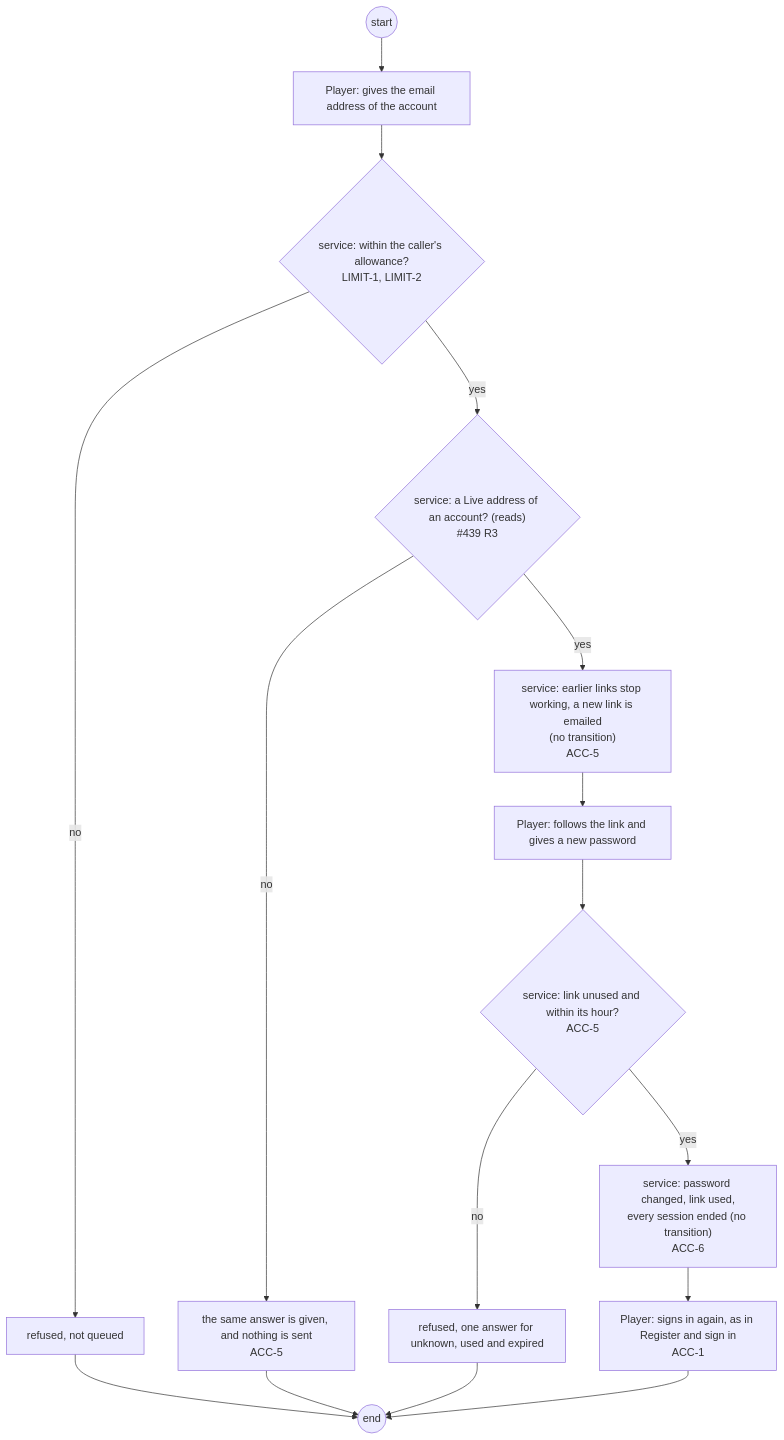
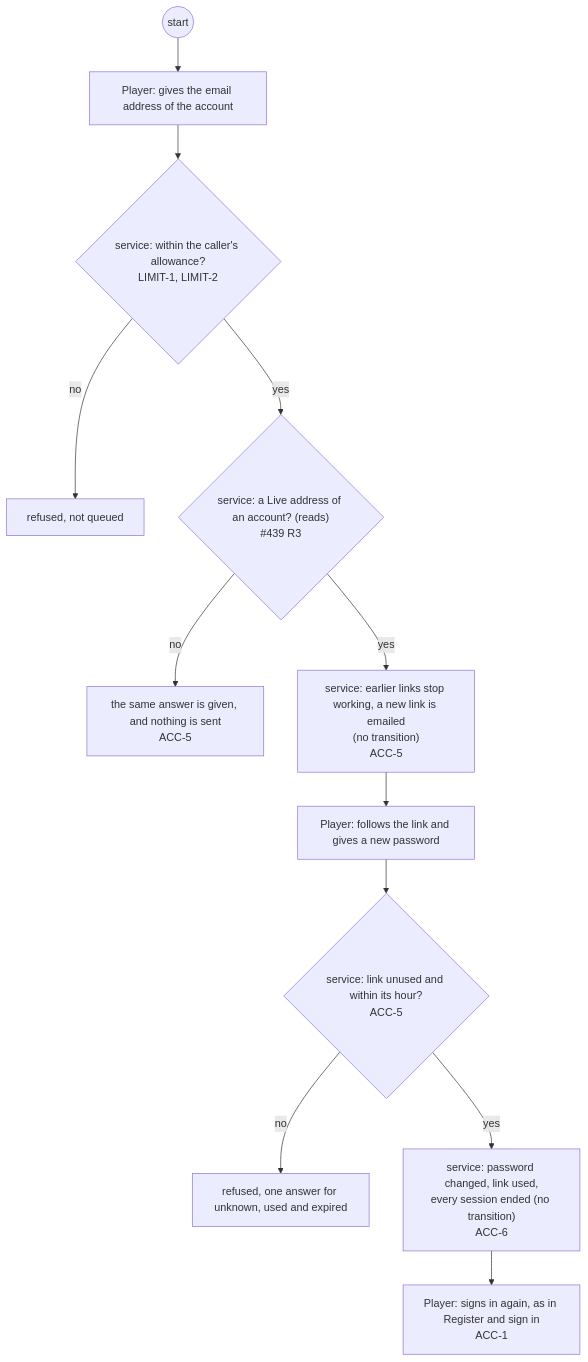
One commit to delphside/programme changed the sixth of 29 diagrams in docs/changes/workstreams/application-game-architecture/71-one-game-model/71-functional.md. Above: the diagram before and after it, drawn with Mermaid. The commit also changed other lines of this file, not shown here.

First line of the commit message:
app 0.9.2 api 2.16: 71: activity diagrams drop their explicit end nodes

````diff
--- a/docs/changes/workstreams/application-game-architecture/71-one-game-model/71-functional.md
+++ b/docs/changes/workstreams/application-game-architecture/71-one-game-model/71-functional.md
@@ -152,18 +139,14 @@
 ```mermaid
 flowchart TD
   s0((start)) --> p1["Player: gives the email address of the account"]
   p1 --> v1{"service: within the caller's allowance?<br/>LIMIT-1, LIMIT-2"}
   v1 -- no --> r1["refused, not queued"]
   v1 -- yes --> v2{"service: a Live address of an account? (reads)<br/>#439 R3"}
   v2 -- no --> a1["the same answer is given, and nothing is sent<br/>ACC-5"]
   v2 -- yes --> t1["service: earlier links stop working, a new link is emailed<br/>(no transition)<br/>ACC-5"]
-  a1 --> e0((end))
   t1 --> p2["Player: follows the link and gives a new password"]
   p2 --> v3{"service: link unused and within its hour?<br/>ACC-5"}
   v3 -- no --> r2["refused, one answer for unknown, used and expired"]
   v3 -- yes --> t2["service: password changed, link used,<br/>every session ended (no transition)<br/>ACC-6"]
   t2 --> p3["Player: signs in again, as in Register and sign in<br/>ACC-1"]
-  r1 --> e0
-  r2 --> e0
-  p3 --> e0
 ```
````
